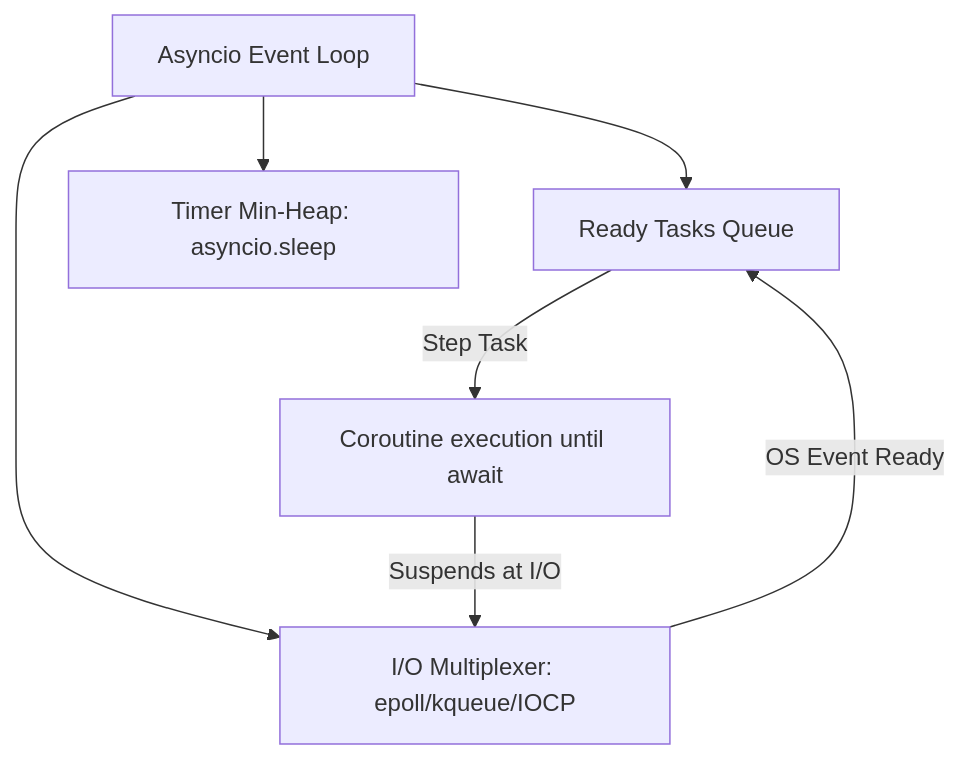
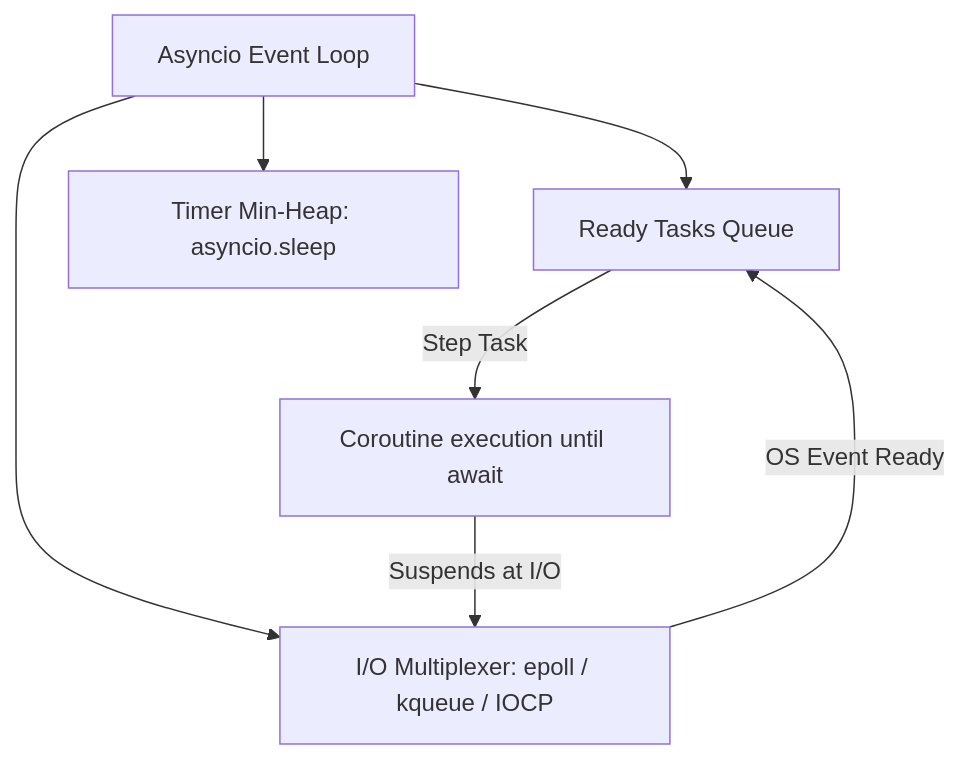
One commit to manthanank/learn-python changed the fourth of 4 diagrams in README.md. Above: the diagram before and after it, drawn with Mermaid. The commit also changed other lines of this file, not shown here.

````diff
--- a/README.md
+++ b/README.md
@@ -602,9 +731,9 @@
 ```mermaid
 flowchart TD
-    Loop[Asyncio Event Loop] --> ReadyQueue[Ready Tasks Queue]
-    Loop --> Selectors[I/O Multiplexer: epoll/kqueue/IOCP]
-    Loop --> Timers[Timer Min-Heap: asyncio.sleep]
+    Loop["Asyncio Event Loop"] --> ReadyQueue["Ready Tasks Queue"]
+    Loop --> Selectors["I/O Multiplexer: epoll / kqueue / IOCP"]
+    Loop --> Timers["Timer Min-Heap: asyncio.sleep"]
     ReadyQueue -->|Step Task| Coro["Coroutine execution until await"]
     Coro -->|Suspends at I/O| Selectors
     Selectors -->|OS Event Ready| ReadyQueue
 ```
````
